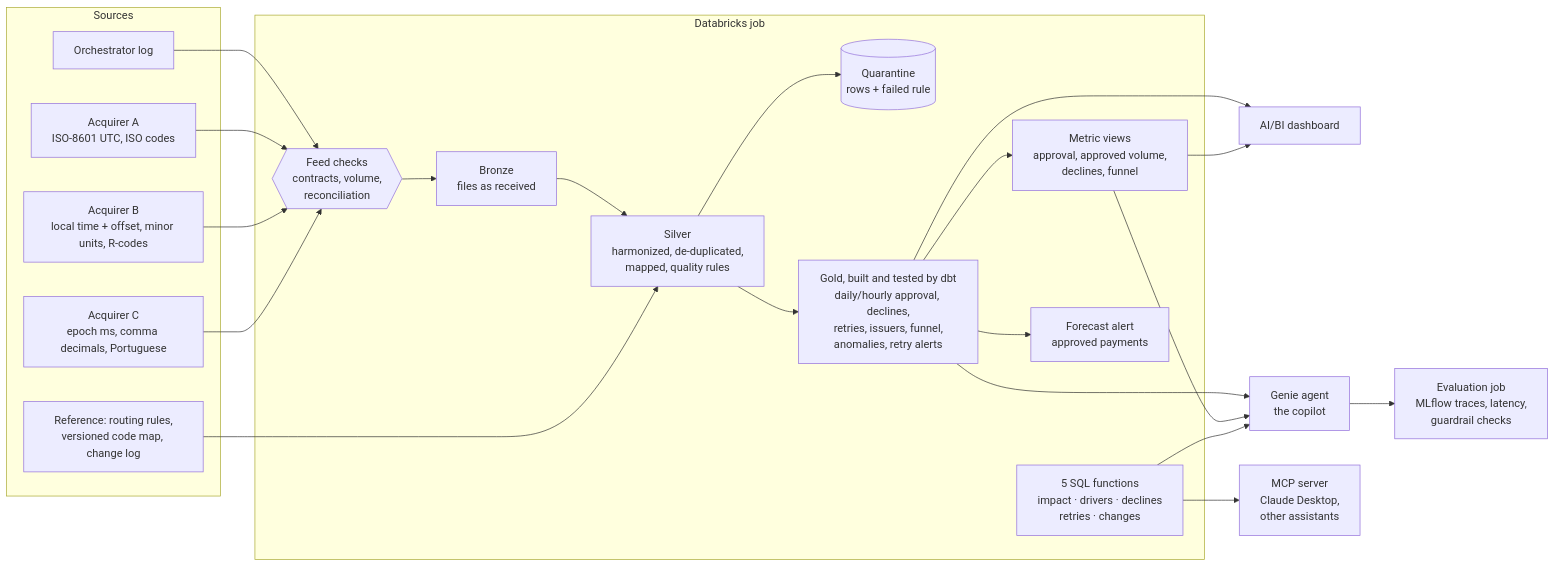
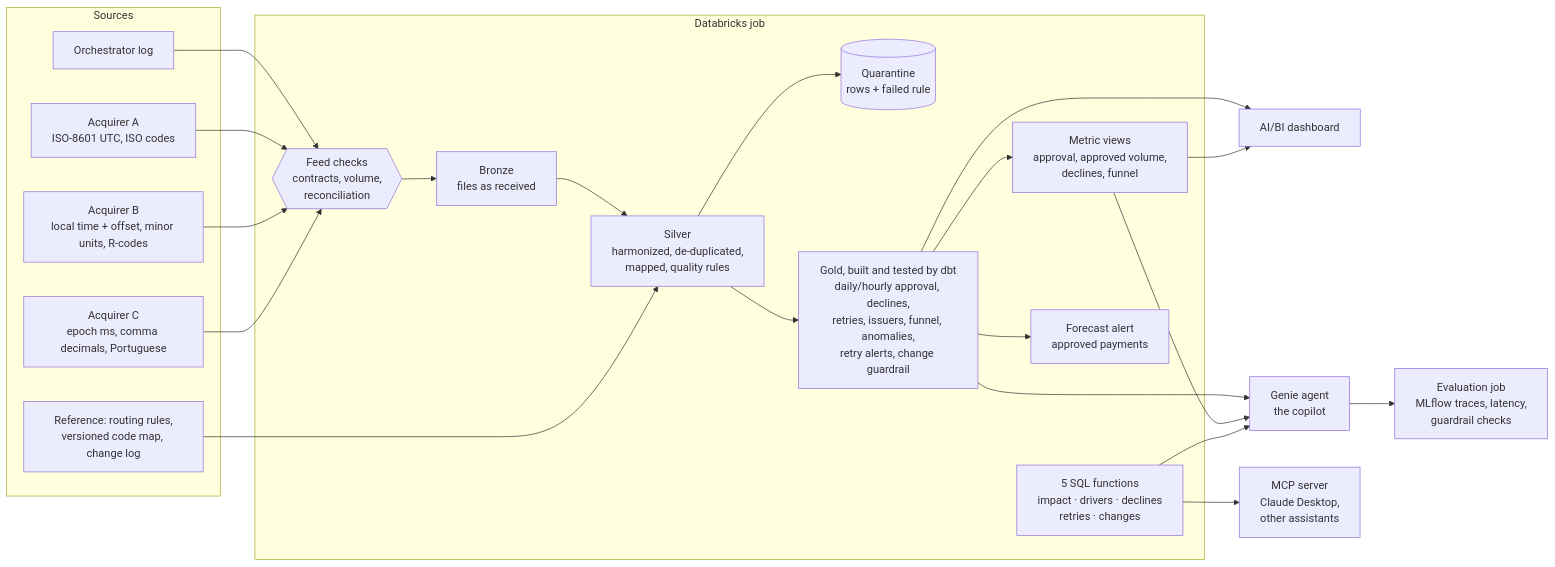
Before and after one commit to JaviSalazar31/approval-rate-copilot: the diagram in README.md, drawn with Mermaid. The commit also changed other lines of this file and 23 other files, not shown here.

````diff
--- a/README.md
+++ b/README.md
@@ -70,32 +70,32 @@
 ```mermaid
 flowchart LR
   subgraph Sources
     O[Orchestrator log]
     A[Acquirer A<br/>ISO-8601 UTC, ISO codes]
     B[Acquirer B<br/>local time + offset, minor units, R-codes]
     C[Acquirer C<br/>epoch ms, comma decimals, Portuguese]
     R[Reference: routing rules,<br/>versioned code map, change log]
   end
   subgraph Databricks["Databricks job"]
     CK{{Feed checks<br/>contracts, volume,<br/>reconciliation}}
     BR[Bronze<br/>files as received]
     SI[Silver<br/>harmonized, de-duplicated,<br/>mapped, quality rules]
     Q[(Quarantine<br/>rows + failed rule)]
-    GO[Gold, built and tested by dbt<br/>daily/hourly approval, declines,<br/>retries, issuers, funnel,<br/>anomalies, retry alerts]
+    GO[Gold, built and tested by dbt<br/>daily/hourly approval, declines,<br/>retries, issuers, funnel, anomalies,<br/>retry alerts, change guardrail]
     MV[Metric views<br/>approval, approved volume,<br/>declines, funnel]
     FN[5 SQL functions<br/>impact · drivers · declines<br/>retries · changes]
     VA[Forecast alert<br/>approved payments]
   end
   O & A & B & C --> CK --> BR --> SI --> GO
   R --> SI
   SI --> Q
   GO --> VA
   GO --> MV
   GO --> D[AI/BI dashboard]
   MV --> D
   GO --> G[Genie agent<br/>the copilot]
   MV --> G
   FN --> G
   G --> E[Evaluation job<br/>MLflow traces, latency,<br/>guardrail checks]
   FN --> M[MCP server<br/>Claude Desktop,<br/>other assistants]
 ```
````
